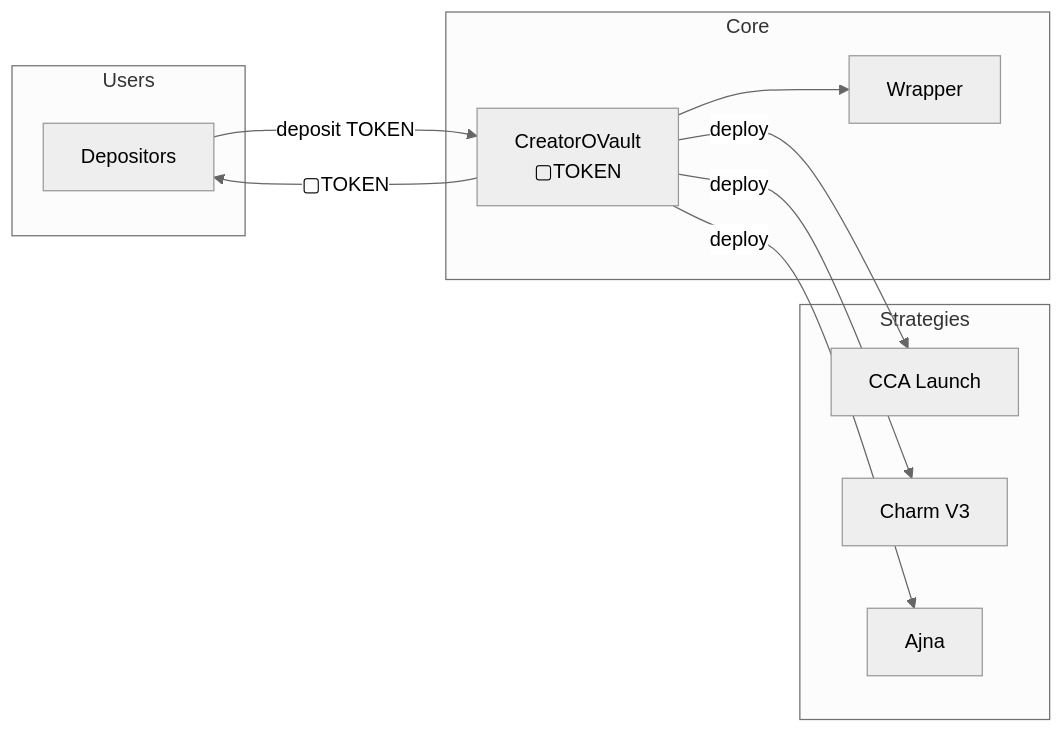
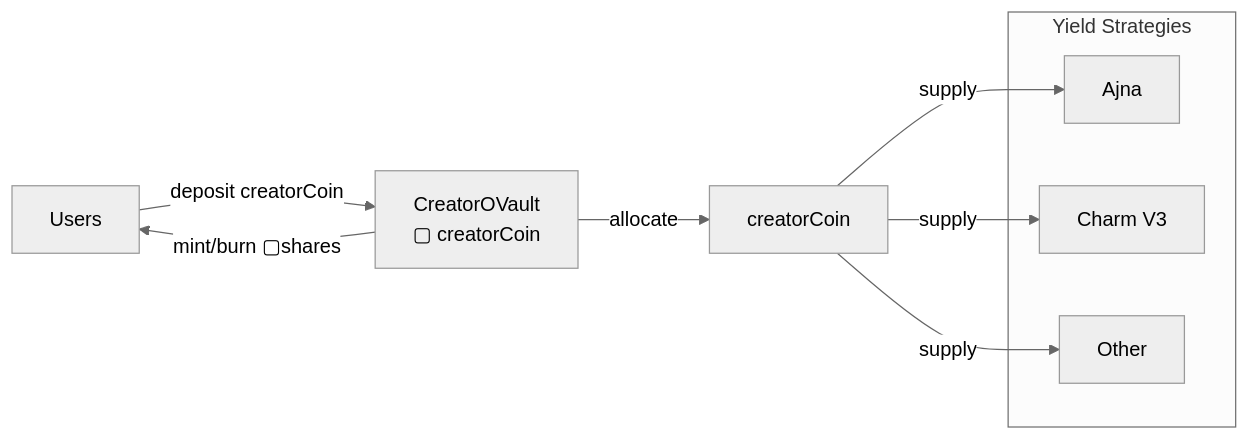
One commit to 4626fun/4626 changed the diagram in docs/contracts/core/creator-ovault.md. Above: the diagram before and after it, drawn with Mermaid (neutral theme). The commit also changed other lines of this file and 2 other files, not shown here.

Commit message:
docs: fix misleading asset flow diagrams
Previous diagrams implied:
- Users deposit vault shares (wrong: users deposit creatorCoin)
- Vault "deploys" to strategies (wrong: deployment is administrative)
- Strategies receive from vault (wrong: strategies receive creatorCoin)

Fixed diagrams now show:
- Users deposit creatorCoin, receive ▢shares as accounting receipt
- Vault allocates creatorCoin to strategies
- Strategies only ever receive creatorCoin

Updated files:
- contracts/core/creator-ovault.md: Fixed system role diagram
- overview/architecture.md: Fixed canonical asset flow diagram
- reference/diagram-style-guide.md: Added diagram categories rule

New rule in style guide:
"If a diagram shows ▢[creatorCoin] or ■[creatorCoin] entering
a strategy, the diagram is incorrect."

Added diagram category separation:
- Asset flow (creatorCoin only)
- Accounting & representation (▢/■ tokens)
- Governance & deployment (no assets)

````diff
--- a/docs/contracts/core/creator-ovault.md
+++ b/docs/contracts/core/creator-ovault.md
@@ -34,24 +34,20 @@
 ```mermaid
 flowchart LR
-    subgraph Users
-        U[Depositors]
+    U[Users]
+    V[CreatorOVault<br/>▢ creatorCoin]
+    C[creatorCoin]
+
+    subgraph Strategies["Yield Strategies"]
+        A[Ajna]
+        CH[Charm V3]
+        O[Other]
     end
-    
-    subgraph Core
-        V[CreatorOVault<br/>▢TOKEN]
-        W[Wrapper]
-    end
-    
-    subgraph Strategies
-        S1[CCA Launch]
-        S2[Charm V3]
-        S3[Ajna]
-    end
-    
-    U -->|deposit TOKEN| V
-    V -->|▢TOKEN| U
-    V -->|deploy| S1
-    V -->|deploy| S2
-    V -->|deploy| S3
-    V --> W
+
+    U -->|deposit creatorCoin| V
+    V -->|mint/burn ▢shares| U
+
+    V -->|allocate| C
+    C -->|supply| A
+    C -->|supply| CH
+    C -->|supply| O
 ```
````
